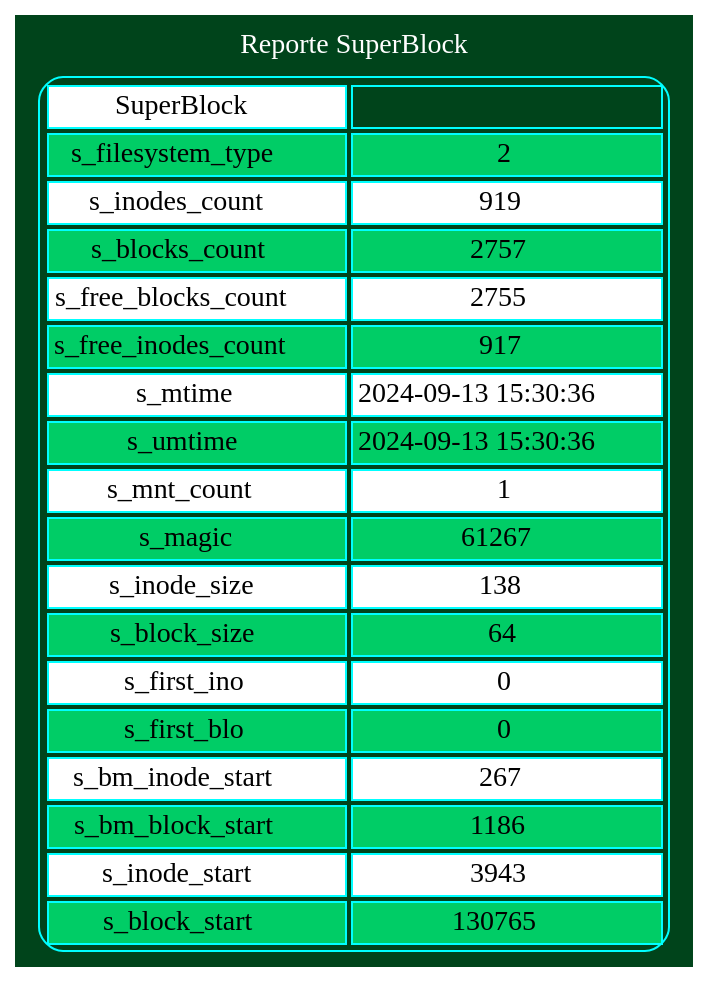
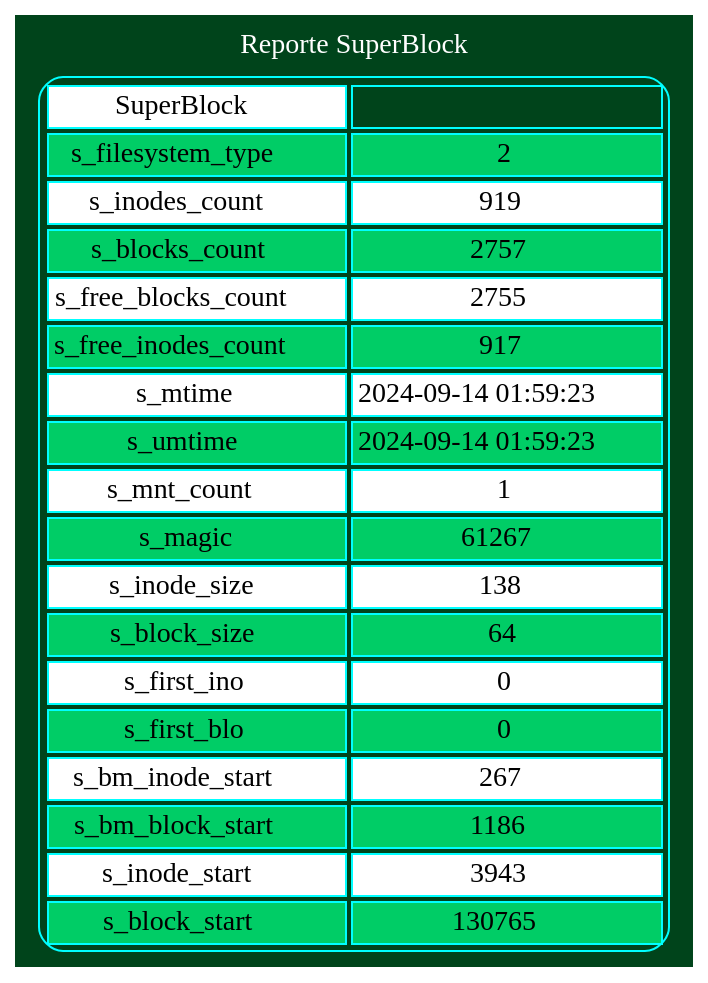
Before and after one commit to Josue013/MIA_2S_P1_202202481: the diagram in output/reporteSB.dot, drawn with Graphviz. The commit also changed 15 other files, not shown here.

```diff
--- a/output/reporteSB.dot
+++ b/output/reporteSB.dot
@@ -1,22 +1,22 @@
 digraph grid {bgcolor="#00441b" fontcolor="white" label=" Reporte SuperBlock "layout=dot labelloc = "t"edge [weigth=1000 style=dashed color=red4 dir = "both" arrowtail="open" arrowhead="open"]a0[shape=none, color=cyan, label=<
 <TABLE cellspacing="3" cellpadding="2" style="rounded" >
 <TR><TD bgcolor="white">SuperBlock</TD><TD></TD></TR>
 <TR><TD bgcolor="springgreen3">s_filesystem_type</TD><TD bgcolor="springgreen3">2</TD></TR>
 <TR><TD bgcolor="white">s_inodes_count</TD><TD bgcolor="white">919</TD></TR>
 <TR><TD bgcolor="springgreen3">s_blocks_count</TD><TD bgcolor="springgreen3">2757</TD></TR>
 <TR><TD bgcolor="white">s_free_blocks_count</TD><TD bgcolor="white">2755</TD></TR>
 <TR><TD bgcolor="springgreen3">s_free_inodes_count</TD><TD bgcolor="springgreen3">917</TD></TR>
-<TR><TD bgcolor="white">s_mtime</TD><TD bgcolor="white">2024-09-13 15:30:36</TD></TR>
-<TR><TD bgcolor="springgreen3">s_umtime</TD><TD bgcolor="springgreen3">2024-09-13 15:30:36</TD></TR>
+<TR><TD bgcolor="white">s_mtime</TD><TD bgcolor="white">2024-09-14 01:59:23</TD></TR>
+<TR><TD bgcolor="springgreen3">s_umtime</TD><TD bgcolor="springgreen3">2024-09-14 01:59:23</TD></TR>
 <TR><TD bgcolor="white">s_mnt_count</TD><TD bgcolor="white">1</TD></TR>
 <TR><TD bgcolor="springgreen3">s_magic</TD><TD bgcolor="springgreen3">61267</TD></TR>
 <TR><TD bgcolor="white">s_inode_size</TD><TD bgcolor="white">138</TD></TR>
 <TR><TD bgcolor="springgreen3">s_block_size</TD><TD bgcolor="springgreen3">64</TD></TR>
 <TR><TD bgcolor="white">s_first_ino</TD><TD bgcolor="white">0</TD></TR>
 <TR><TD bgcolor="springgreen3">s_first_blo</TD><TD bgcolor="springgreen3">0</TD></TR>
 <TR><TD bgcolor="white">s_bm_inode_start</TD><TD bgcolor="white">267</TD></TR>
 <TR><TD bgcolor="springgreen3">s_bm_block_start</TD><TD bgcolor="springgreen3">1186</TD></TR>
 <TR><TD bgcolor="white">s_inode_start</TD><TD bgcolor="white">3943</TD></TR>
 <TR><TD bgcolor="springgreen3">s_block_start</TD><TD bgcolor="springgreen3">130765</TD></TR>
 </TABLE>>];
 }
```
